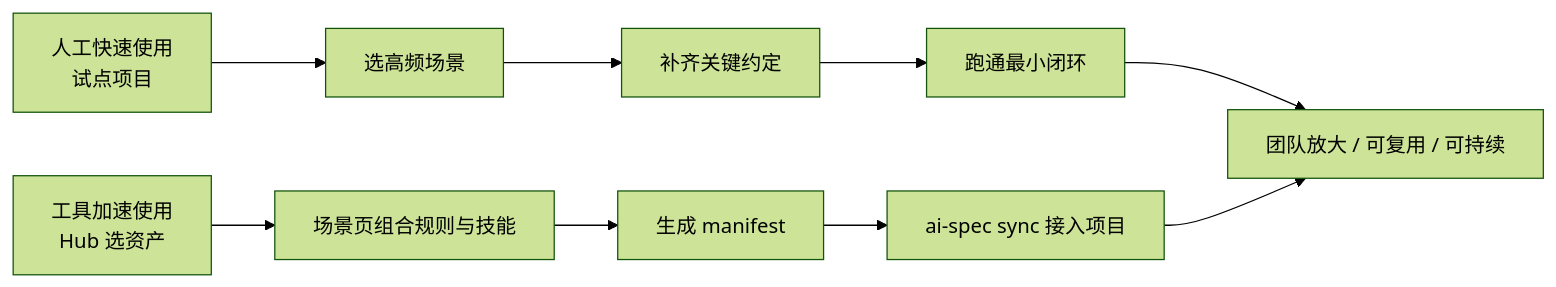
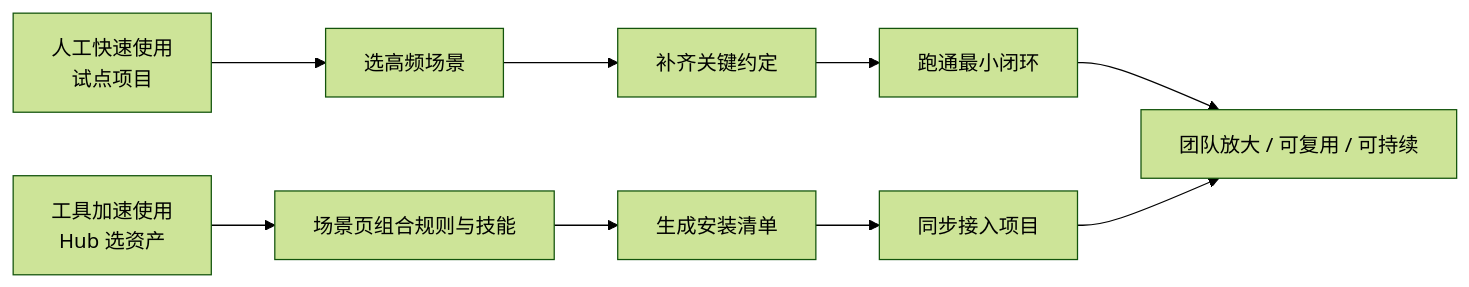
One commit to Colouful/br-ai-spec changed the second of 3 diagrams in docs/paser_three/团队同学AI规范开发最佳实践-短文版.md. Above: the diagram before and after it, drawn with Mermaid (forest theme). The commit also changed other lines of this file, not shown here.

````diff
--- a/docs/paser_three/团队同学AI规范开发最佳实践-短文版.md
+++ b/docs/paser_three/团队同学AI规范开发最佳实践-短文版.md
@@ -48,12 +45,12 @@
 ```mermaid
 flowchart LR
     A1["人工快速使用<br/>试点项目"] --> A2["选高频场景"]
     A2 --> A3["补齐关键约定"]
     A3 --> A4["跑通最小闭环"]
     A4 --> Z["团队放大 / 可复用 / 可持续"]
 
     B1["工具加速使用<br/>Hub 选资产"] --> B2["场景页组合规则与技能"]
-    B2 --> B3["生成 manifest"]
-    B3 --> B4["ai-spec sync 接入项目"]
+    B2 --> B3["生成安装清单"]
+    B3 --> B4["同步接入项目"]
     B4 --> Z
 ```
````
